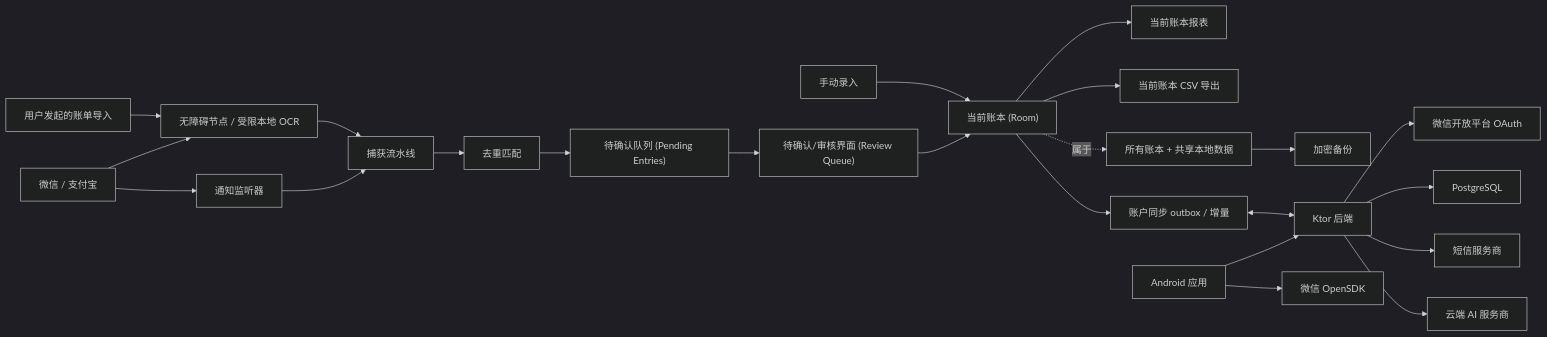
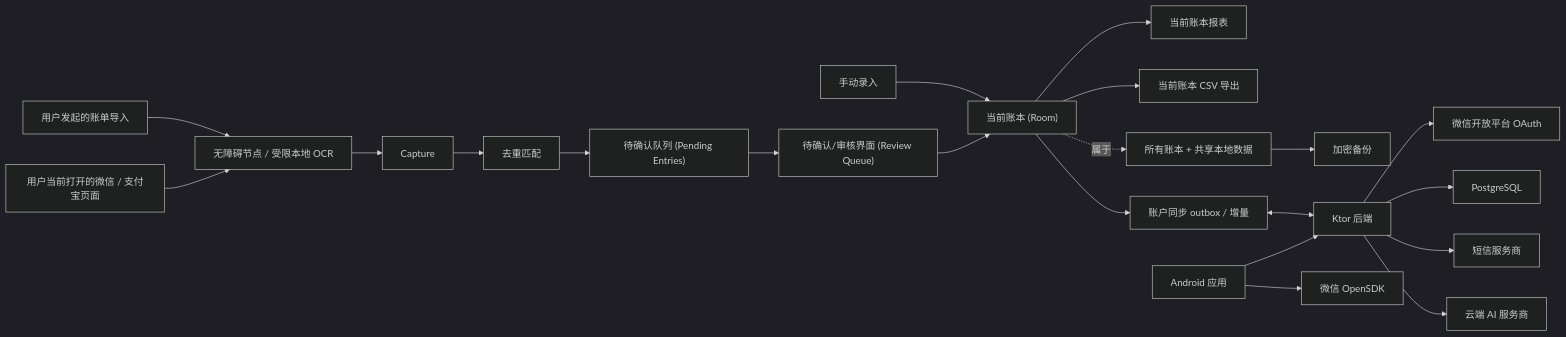
One commit to arfa069/auto-accounting changed the diagram in docs/ARCHITECTURE.md. Above: the diagram before and after it, drawn with Mermaid (dark theme). The commit also changed other lines of this file and 141 other files, not shown here.

````diff
--- a/docs/ARCHITECTURE.md
+++ b/docs/ARCHITECTURE.md
@@ -9,25 +9,23 @@
 ```mermaid
 flowchart LR
-  WeChat["微信 / 支付宝"] --> Notify["通知监听器"]
-  WeChat --> A11y["无障碍节点 / 受限本地 OCR"]
+  WeChat["用户当前打开的微信 / 支付宝页面"] --> A11y["无障碍节点 / 受限本地 OCR"]
   Import["用户发起的账单导入"] --> A11y
-  Notify --> Capture["捕获流水线"]
   A11y --> Capture
   Capture --> Dedupe["去重匹配"]
   Dedupe --> Pending["待确认队列 (Pending Entries)"]
   Pending --> Review["待确认/审核界面 (Review Queue)"]
   Review --> Ledger["当前账本 (Room)"]
   Manual["手动录入"] --> Ledger
   Ledger --> Reports["当前账本报表"]
   Ledger --> CSV["当前账本 CSV 导出"]
   Books["所有账本 + 共享本地数据"] --> Backup["加密备份"]
   Ledger -. "属于" .-> Books
   App["Android 应用"] --> Backend["Ktor 后端"]
   Ledger --> Sync["账户同步 outbox / 增量"]
   Sync <--> Backend
   App --> WechatSdk["微信 OpenSDK"]
   Backend --> WechatOauth["微信开放平台 OAuth"]
   Backend --> PG["PostgreSQL"]
   Backend --> SMS["短信服务商"]
   Backend --> AI["云端 AI 服务商"]
 ```
````
